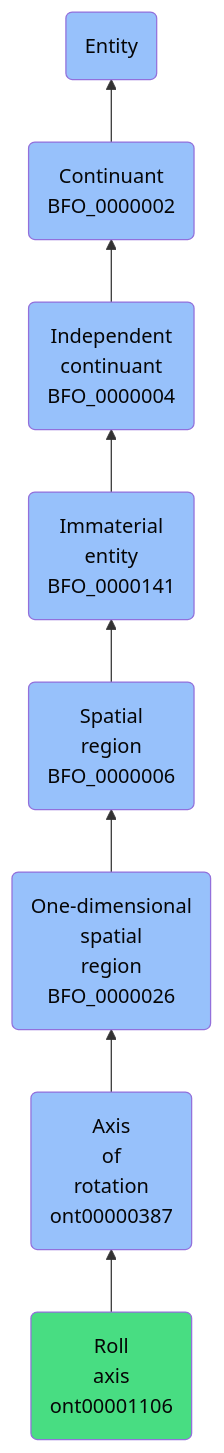
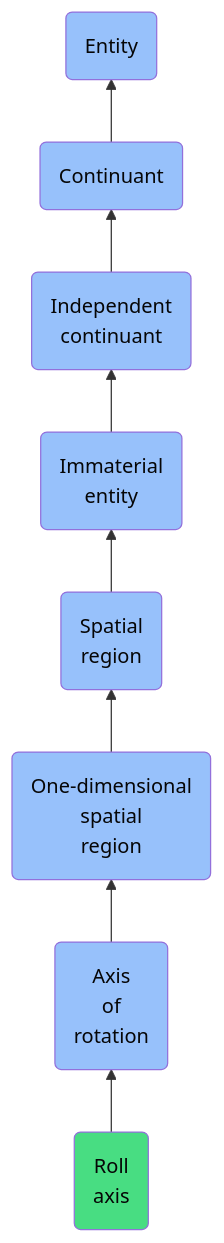
One commit to jupyter-naas/abi changed the diagram in docs/ontology/reference/model/Entity/Continuant/Independent continuant/Immaterial entity/Spatial region/One-dimensional spatial region/Axis of rotation/Roll axis/Roll axis.md. Above: the diagram before and after it, drawn with Mermaid. The commit also changed other lines of this file and 1430 other files, not shown here.

````diff
--- a/docs/ontology/reference/model/Entity/Continuant/Independent continuant/Immaterial entity/Spatial region/One-dimensional spatial region/Axis of rotation/Roll axis/Roll axis.md
+++ b/docs/ontology/reference/model/Entity/Continuant/Independent continuant/Immaterial entity/Spatial region/One-dimensional spatial region/Axis of rotation/Roll axis/Roll axis.md
@@ -24,15 +24,15 @@
 ```mermaid
 graph BT
-    ont00001106(Roll<br>axis<br>ont00001106):::ABI-->ont00000387
-    ont00000387(Axis<br>of<br>rotation<br>ont00000387):::BFO-->BFO_0000026
-    BFO_0000026(One-dimensional<br>spatial<br>region<br>BFO_0000026):::BFO-->BFO_0000006
-    BFO_0000006(Spatial<br>region<br>BFO_0000006):::BFO-->BFO_0000141
-    BFO_0000141(Immaterial<br>entity<br>BFO_0000141):::BFO-->BFO_0000004
-    BFO_0000004(Independent<br>continuant<br>BFO_0000004):::BFO-->BFO_0000002
-    BFO_0000002(Continuant<br>BFO_0000002):::BFO-->BFO_0000001
+    ont00001106(Roll<br>axis):::ABI-->ont00000387
+    ont00000387(Axis<br>of<br>rotation):::BFO-->BFO_0000026
+    BFO_0000026(One-dimensional<br>spatial<br>region):::BFO-->BFO_0000006
+    BFO_0000006(Spatial<br>region):::BFO-->BFO_0000141
+    BFO_0000141(Immaterial<br>entity):::BFO-->BFO_0000004
+    BFO_0000004(Independent<br>continuant):::BFO-->BFO_0000002
+    BFO_0000002(Continuant):::BFO-->BFO_0000001
     BFO_0000001(Entity):::BFO
     
     classDef BFO fill:#97c1fb,color:#060606
     classDef CCO fill:#e4c51e,color:#060606
     classDef ABI fill:#48DD82,color:#060606
 ```
````
